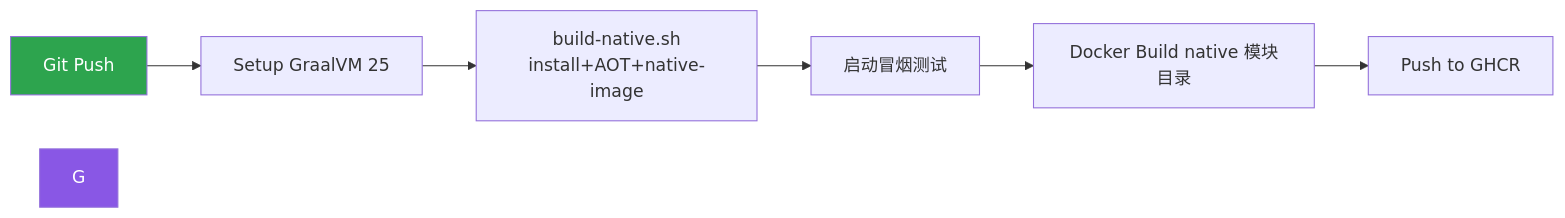
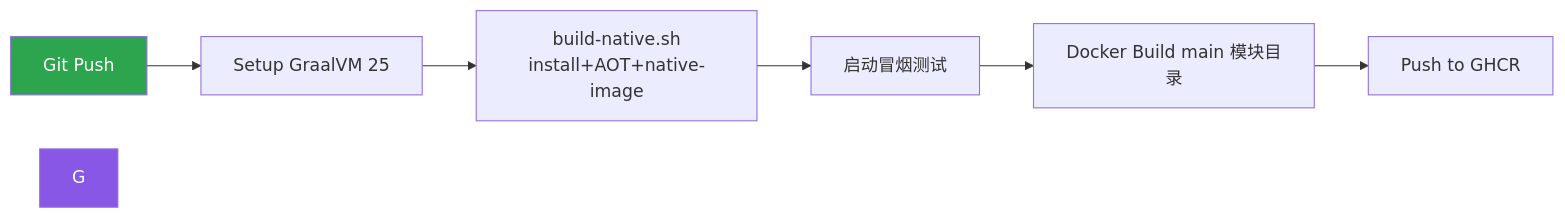
Before and after one commit to loveheng/stock-calculator-service: the third of 3 diagrams in README.md, drawn with Mermaid. The commit also changed other lines of this file and 88 other files, not shown here.

````diff
--- a/README.md
+++ b/README.md
@@ -283,11 +277,11 @@
 ```mermaid
 flowchart LR
     A[Git Push] --> B[Setup GraalVM 25]
     B --> C[build-native.sh<br/>install+AOT+native-image]
     C --> D[启动冒烟测试]
-    D --> E[Docker Build native 模块目录]
+    D --> E[Docker Build main 模块目录]
     E --> F[Push to GHCR]
 
     style A fill:#2da44e,color:#fff
     style G fill:#8957e5,color:#fff
 ```
````
